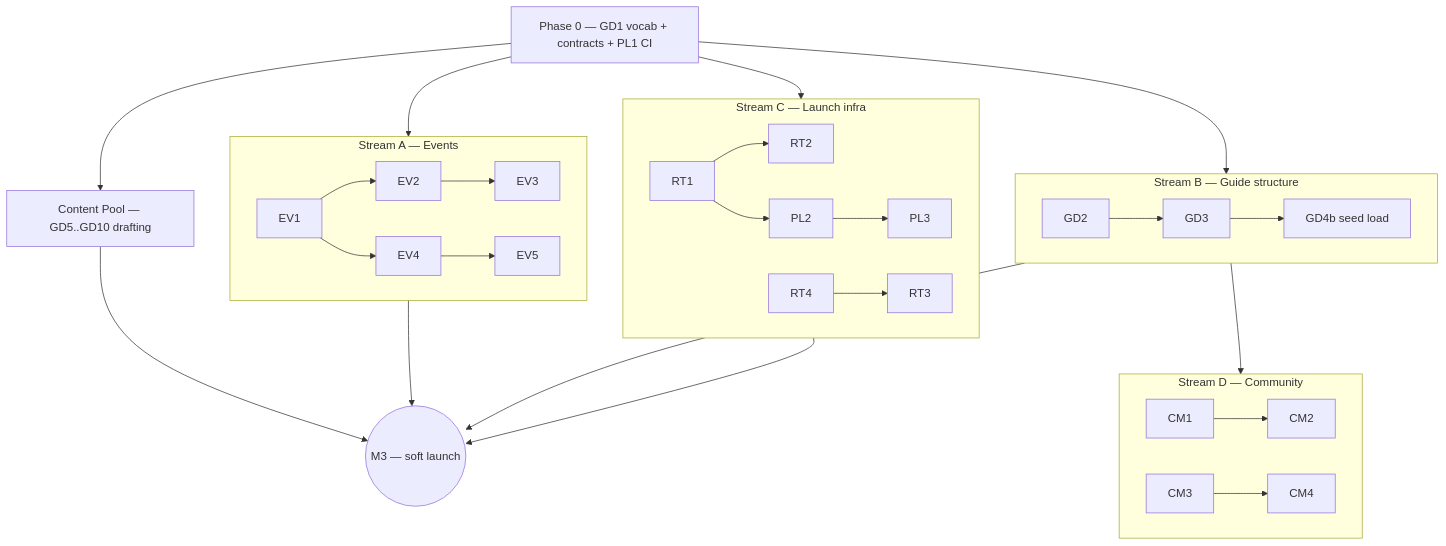
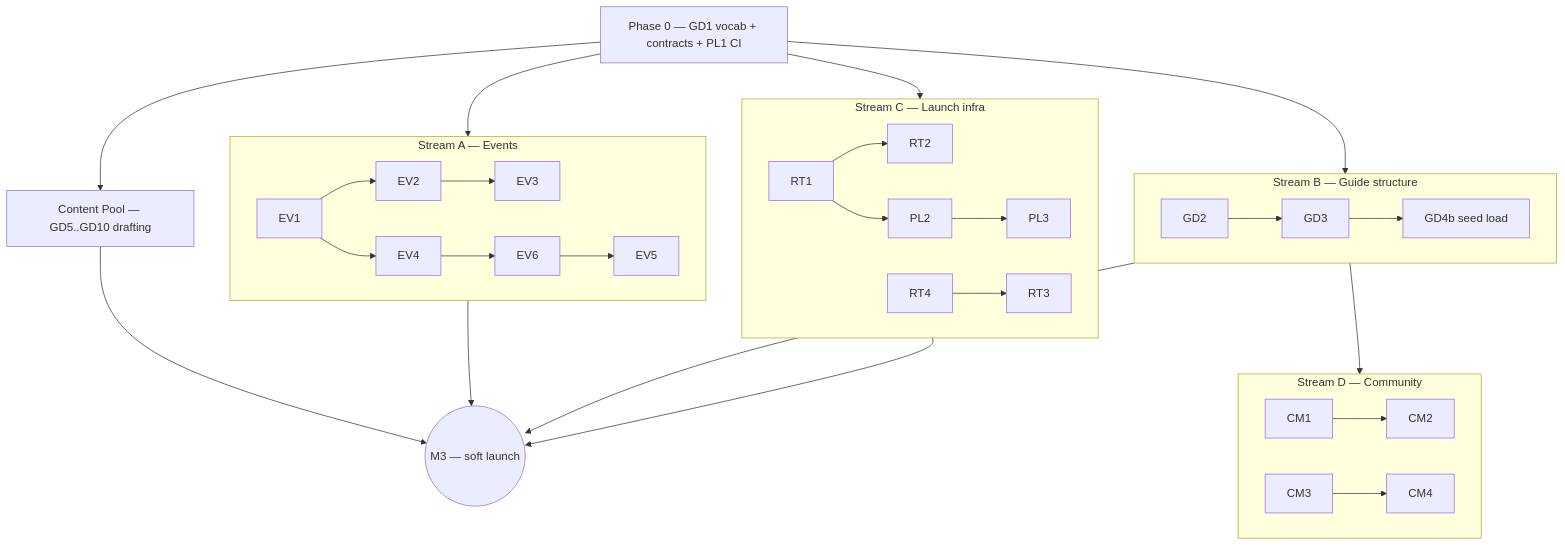
One commit to masonbendixen/community_finder changed the diagram in Claude/Initial Project Implementation Outline.md. Above: the diagram before and after it, drawn with Mermaid. The commit also changed other lines of this file and 3 other files, not shown here.

````diff
--- a/Claude/Initial Project Implementation Outline.md
+++ b/Claude/Initial Project Implementation Outline.md
@@ -92,25 +93,25 @@
 ```mermaid
 graph TB
   P0[Phase 0 — GD1 vocab + contracts + PL1 CI] --> SA & SB & SC & POOL
   subgraph SA[Stream A — Events]
     EV1 --> EV2 --> EV3
-    EV1 --> EV4 --> EV5
+    EV1 --> EV4 --> EV6 --> EV5
   end
   subgraph SB[Stream B — Guide structure]
     GD2 --> GD3 --> GD4b[GD4b seed load]
   end
   subgraph SC[Stream C — Launch infra]
     RT1 --> RT2
     RT1 --> PL2 --> PL3
     RT4 --> RT3
   end
   subgraph SD[Stream D — Community]
     CM1 --> CM2
     CM3 --> CM4
   end
   SB --> SD
   POOL[Content Pool — GD5..GD10 drafting] --> M3
   SA --> M3((M3 — soft launch))
   SB --> M3
   SC --> M3
 ```
````
